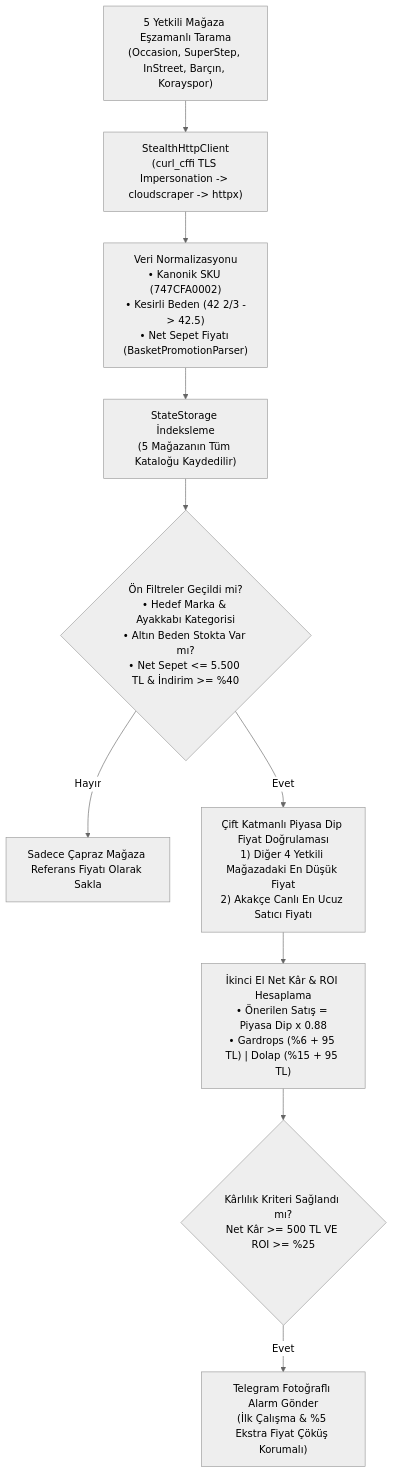
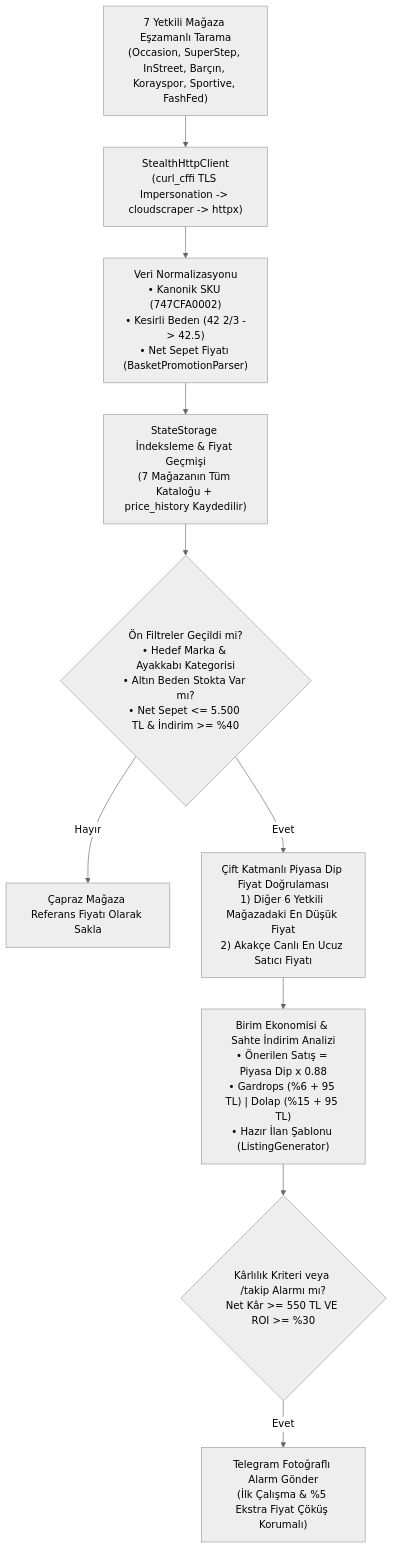
One commit to yukselyslcmn/arbitraj-botu changed the diagram in README.md. Above: the diagram before and after it, drawn with Mermaid (neutral theme). The commit also changed other lines of this file and 13 other files, not shown here.

Commit message:
feat: add Sportive & FashFed scrapers, ListingGenerator, price trend & fake-discount engine, interactive Telegram commands, and Web Dashboard

````diff
--- a/README.md
+++ b/README.md
@@ -58,12 +69,12 @@
 ```mermaid
 flowchart TD
-    A["5 Yetkili Mağaza Eşzamanlı Tarama<br/>(Occasion, SuperStep, InStreet, Barçın, Korayspor)"] --> B["StealthHttpClient<br/>(curl_cffi TLS Impersonation -> cloudscraper -> httpx)"]
+    A["7 Yetkili Mağaza Eşzamanlı Tarama<br/>(Occasion, SuperStep, InStreet, Barçın, Korayspor, Sportive, FashFed)"] --> B["StealthHttpClient<br/>(curl_cffi TLS Impersonation -> cloudscraper -> httpx)"]
     B --> C["Veri Normalizasyonu<br/>• Kanonik SKU (747CFA0002)<br/>• Kesirli Beden (42 2/3 -> 42.5)<br/>• Net Sepet Fiyatı (BasketPromotionParser)"]
-    C --> D["StateStorage İndeksleme<br/>(5 Mağazanın Tüm Kataloğu Kaydedilir)"]
+    C --> D["StateStorage İndeksleme & Fiyat Geçmişi<br/>(7 Mağazanın Tüm Kataloğu + price_history Kaydedilir)"]
     D --> E{"Ön Filtreler Geçildi mi?<br/>• Hedef Marka & Ayakkabı Kategorisi<br/>• Altın Beden Stokta Var mı?<br/>• Net Sepet <= 5.500 TL & İndirim >= %40"}
-    E -- Hayır --> Z["Sadece Çapraz Mağaza Referans Fiyatı Olarak Sakla"]
-    E -- Evet --> F["Çift Katmanlı Piyasa Dip Fiyat Doğrulaması<br/>1) Diğer 4 Yetkili Mağazadaki En Düşük Fiyat<br/>2) Akakçe Canlı En Ucuz Satıcı Fiyatı"]
-    F --> G["İkinci El Net Kâr & ROI Hesaplama<br/>• Önerilen Satış = Piyasa Dip x 0.88<br/>• Gardrops (%6 + 95 TL) | Dolap (%15 + 95 TL)"]
-    G --> H{"Kârlılık Kriteri Sağlandı mı?<br/>Net Kâr >= 500 TL VE ROI >= %25"}
+    E -- Hayır --> Z["Çapraz Mağaza Referans Fiyatı Olarak Sakla"]
+    E -- Evet --> F["Çift Katmanlı Piyasa Dip Fiyat Doğrulaması<br/>1) Diğer 6 Yetkili Mağazadaki En Düşük Fiyat<br/>2) Akakçe Canlı En Ucuz Satıcı Fiyatı"]
+    F --> G["Birim Ekonomisi & Sahte İndirim Analizi<br/>• Önerilen Satış = Piyasa Dip x 0.88<br/>• Gardrops (%6 + 95 TL) | Dolap (%15 + 95 TL)<br/>• Hazır İlan Şablonu (ListingGenerator)"]
+    G --> H{"Kârlılık Kriteri veya /takip Alarmı mı?<br/>Net Kâr >= 550 TL VE ROI >= %30"}
     H -- Evet --> I["Telegram Fotoğraflı Alarm Gönder<br/>(İlk Çalışma & %5 Ekstra Fiyat Çöküş Korumalı)"]
 ```
````
